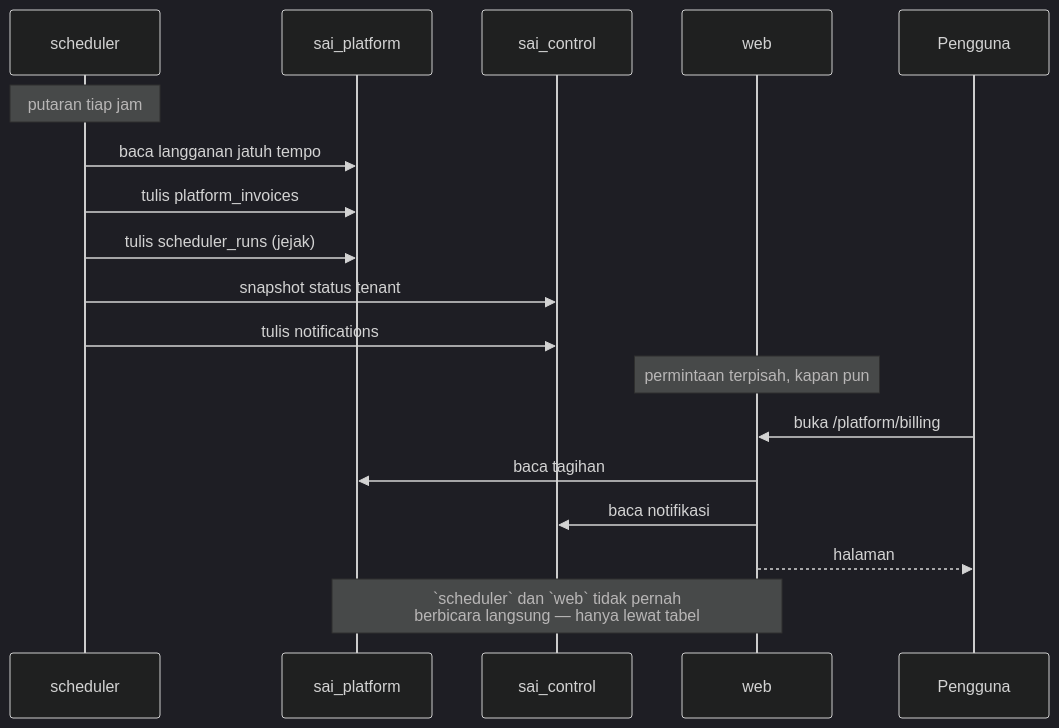
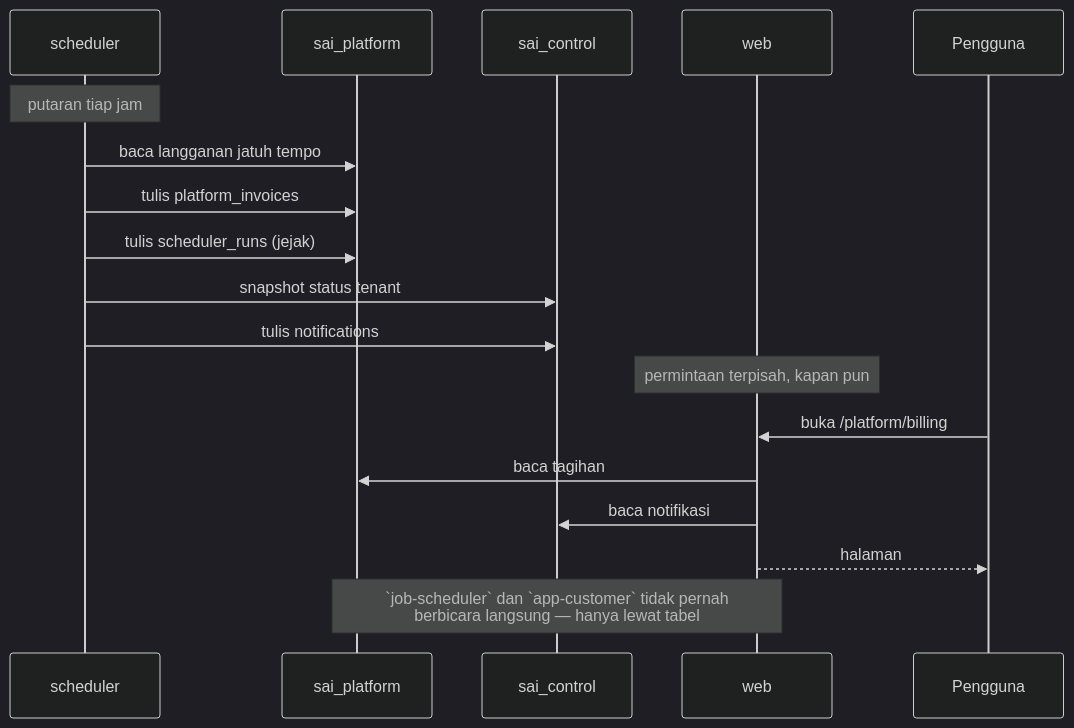
One commit to tri-evendi/sai-accounting changed the third of 3 diagrams in docs/arsitektur/05-API-KOMUNIKASI.md. Above: the diagram before and after it, drawn with Mermaid (dark theme). The commit also changed other lines of this file and 18 other files, not shown here.

````diff
--- a/docs/arsitektur/05-API-KOMUNIKASI.md
+++ b/docs/arsitektur/05-API-KOMUNIKASI.md
@@ -321,23 +321,23 @@
 ```mermaid
 sequenceDiagram
     participant S as scheduler
     participant PDB as sai_platform
     participant CDB as sai_control
     participant W as web
     participant U as Pengguna
 
     Note over S: putaran tiap jam
     S->>PDB: baca langganan jatuh tempo
     S->>PDB: tulis platform_invoices
     S->>PDB: tulis scheduler_runs (jejak)
     S->>CDB: snapshot status tenant
     S->>CDB: tulis notifications
 
     Note over W: permintaan terpisah, kapan pun
     U->>W: buka /platform/billing
     W->>PDB: baca tagihan
     W->>CDB: baca notifikasi
     W-->>U: halaman
 
-    Note over W,PDB: `scheduler` dan `web` tidak pernah<br/>berbicara langsung — hanya lewat tabel
+    Note over W,PDB: `job-scheduler` dan `app-customer` tidak pernah<br/>berbicara langsung — hanya lewat tabel
 ```
````
